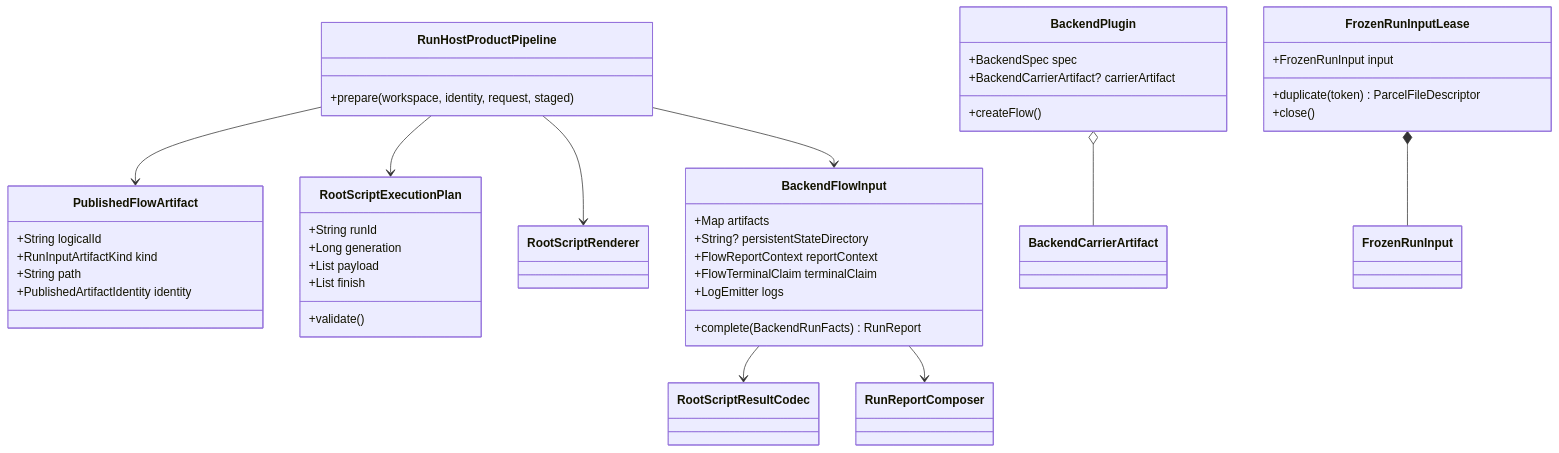
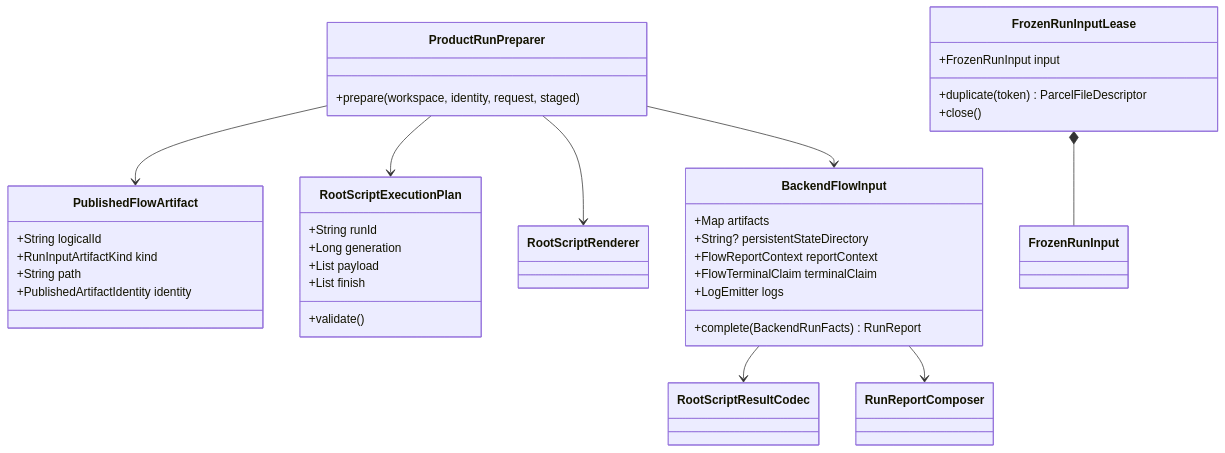
Before and after one commit to YuKongA/ghostlock-app: diagram 52 of 59 in docs/development/full-process-uml.md, drawn with Mermaid. The commit also changed other lines of this file and 276 other files, not shown here.

Commit message:
refactor(app): unify backend runtime and run infrastructure

```diff
--- a/docs/development/full-process-uml.md
+++ b/docs/development/full-process-uml.md
@@ -1749,48 +1949,42 @@
 ~~~mermaid
 classDiagram
-  class BackendPlugin {
-    +BackendSpec spec
-    +BackendCarrierArtifact? carrierArtifact
-    +createFlow()
-  }
   class FrozenRunInputLease {
     +FrozenRunInput input
     +duplicate(token) ParcelFileDescriptor
     +close()
   }
   class PublishedFlowArtifact {
     +String logicalId
     +RunInputArtifactKind kind
     +String path
     +PublishedArtifactIdentity identity
   }
   class RootScriptExecutionPlan {
     +String runId
     +Long generation
     +List payload
     +List finish
     +validate()
   }
-  class RunHostProductPipeline {
+  class ProductRunPreparer {
     +prepare(workspace, identity, request, staged)
   }
   class RootScriptRenderer
   class RootScriptResultCodec
   class RunReportComposer
   class BackendFlowInput {
     +Map artifacts
     +String? persistentStateDirectory
     +FlowReportContext reportContext
     +FlowTerminalClaim terminalClaim
     +LogEmitter logs
     +complete(BackendRunFacts) RunReport
   }
-  BackendPlugin o-- BackendCarrierArtifact
   FrozenRunInputLease *-- FrozenRunInput
-  RunHostProductPipeline --> PublishedFlowArtifact
-  RunHostProductPipeline --> RootScriptExecutionPlan
-  RunHostProductPipeline --> RootScriptRenderer
-  RunHostProductPipeline --> BackendFlowInput
+  ProductRunPreparer --> PublishedFlowArtifact
+  ProductRunPreparer --> RootScriptExecutionPlan
+  ProductRunPreparer --> RootScriptRenderer
+  ProductRunPreparer --> BackendFlowInput
   BackendFlowInput --> RootScriptResultCodec
   BackendFlowInput --> RunReportComposer
 ~~~
```
